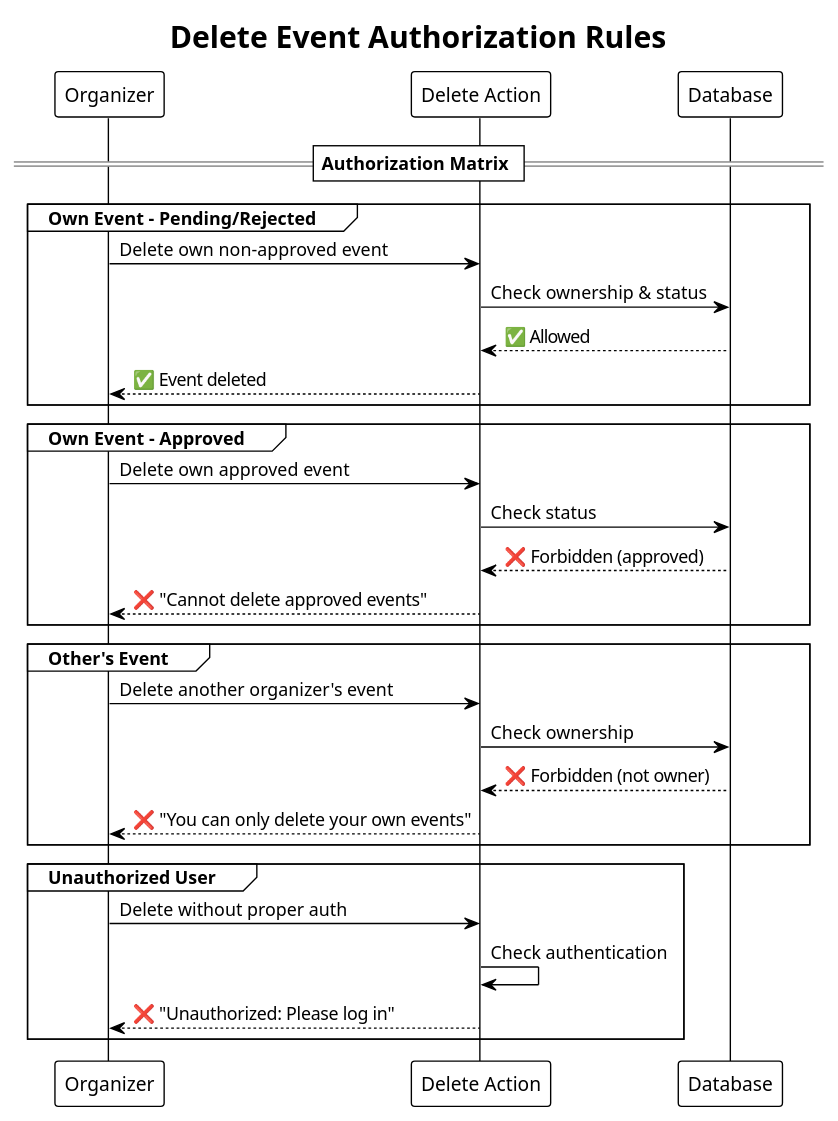
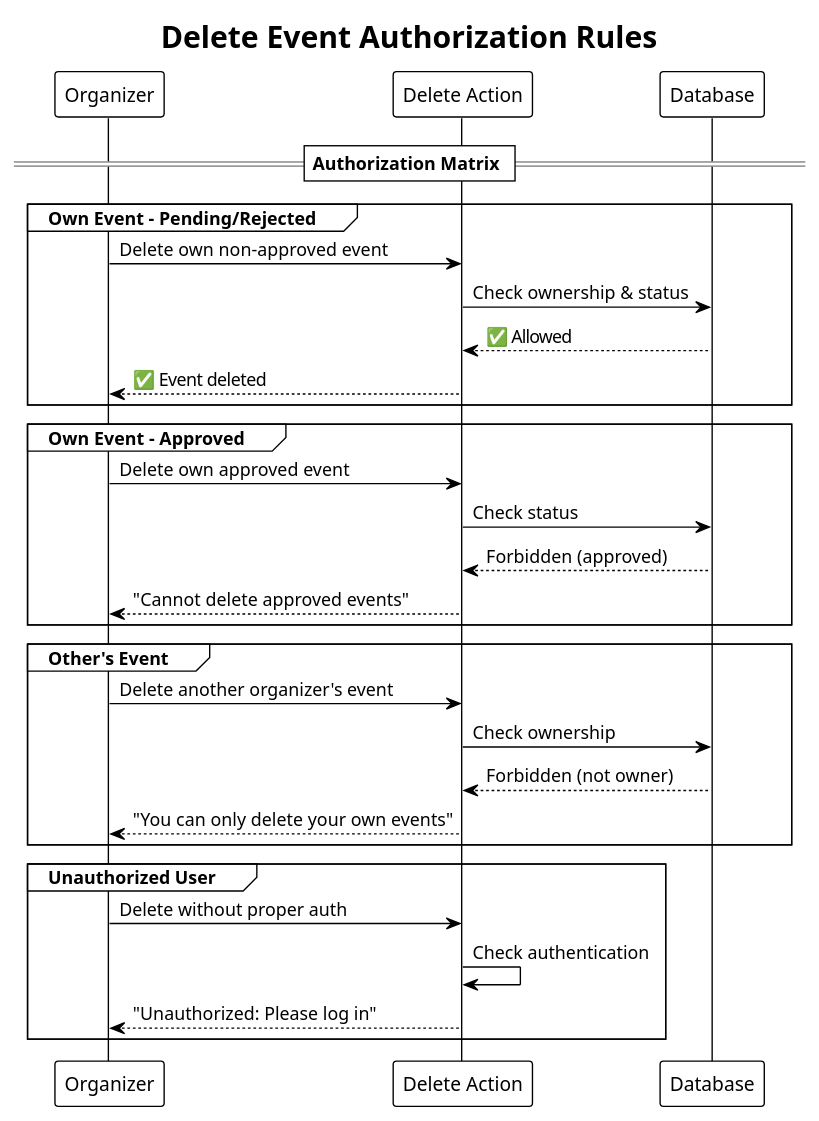
Before and after one commit to VieTicket/vieticket-monorepo: the second of 3 diagrams in puml/organizer/delete-event-sequence.puml, drawn with PlantUML. The commit also changed 27 other files, not shown here.

```diff
--- a/puml/organizer/delete-event-sequence.puml
+++ b/puml/organizer/delete-event-sequence.puml
@@ -60,38 +60,38 @@
 @startuml delete-event-authorization
 !theme plain
 title Delete Event Authorization Rules
 
 participant "Organizer" as Org
 participant "Delete Action" as Action
 participant "Database" as DB
 
 == Authorization Matrix ==
 
 group Own Event - Pending/Rejected
     Org -> Action: Delete own non-approved event
     Action -> DB: Check ownership & status
     DB --> Action: ✅ Allowed
     Action --> Org: ✅ Event deleted
 end
 
 group Own Event - Approved  
     Org -> Action: Delete own approved event
     Action -> DB: Check status
-    DB --> Action: ❌ Forbidden (approved)
-    Action --> Org: ❌ "Cannot delete approved events"
+    DB --> Action: Forbidden (approved)
+    Action --> Org: "Cannot delete approved events"
 end
 
 group Other's Event
     Org -> Action: Delete another organizer's event
     Action -> DB: Check ownership
-    DB --> Action: ❌ Forbidden (not owner)
-    Action --> Org: ❌ "You can only delete your own events"
+    DB --> Action: Forbidden (not owner)
+    Action --> Org: "You can only delete your own events"
 end
 
 group Unauthorized User
     Org -> Action: Delete without proper auth
     Action -> Action: Check authentication
-    Action --> Org: ❌ "Unauthorized: Please log in"
+    Action --> Org: "Unauthorized: Please log in"
 end
 
 @enduml
```
